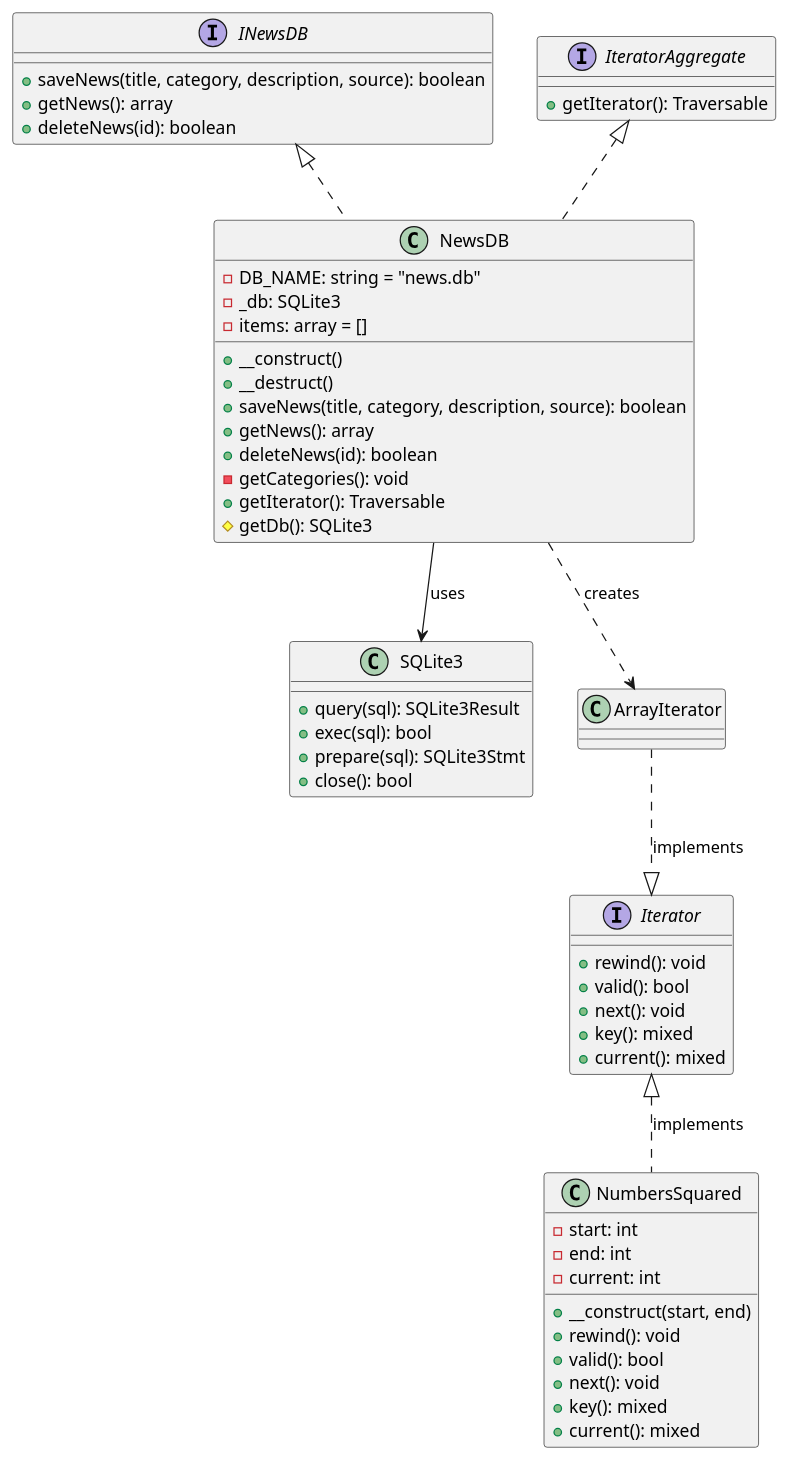
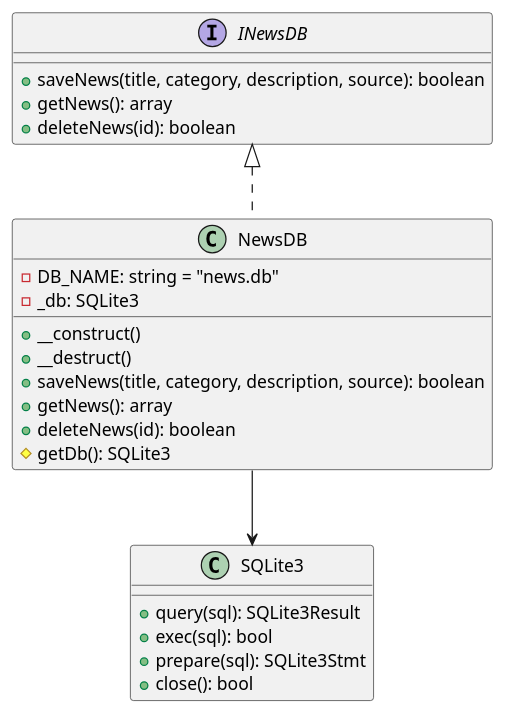
The diagram in lab3/lab3.puml (KapustinaLera/web), drawn with PlantUML before and after one commit.

```diff
--- a/lab3/lab3.puml
+++ b/lab3/lab3.puml
@@ -1,64 +1,28 @@
 @startuml
 interface INewsDB {
   +saveNews(title, category, description, source): boolean
   +getNews(): array
   +deleteNews(id): boolean
 }
 
-interface IteratorAggregate {
-  +getIterator(): Traversable
-}
-
 class NewsDB {
   -DB_NAME: string = "news.db"
   -_db: SQLite3
-  -items: array = []
   +__construct()
   +__destruct()
   +saveNews(title, category, description, source): boolean
   +getNews(): array
   +deleteNews(id): boolean
-  -getCategories(): void
-  +getIterator(): Traversable
   #getDb(): SQLite3
 }
 
 class SQLite3 {
   +query(sql): SQLite3Result
   +exec(sql): bool
   +prepare(sql): SQLite3Stmt
   +close(): bool
 }
 
 INewsDB <|.. NewsDB
-IteratorAggregate <|.. NewsDB
-NewsDB --> SQLite3 : uses
-
-interface Iterator {
-  +rewind(): void
-  +valid(): bool
-  +next(): void
-  +key(): mixed
-  +current(): mixed
-}
-
-class NumbersSquared {
-  -start: int
-  -end: int
-  -current: int
-  +__construct(start, end)
-  +rewind(): void
-  +valid(): bool
-  +next(): void
-  +key(): mixed
-  +current(): mixed
-}
-
-class ArrayIterator
-
-' Связи
-Iterator <|.. NumbersSquared : implements
-ArrayIterator ..|> Iterator : implements
-NewsDB ..> ArrayIterator : creates
-
+NewsDB --> SQLite3
 @enduml
```
